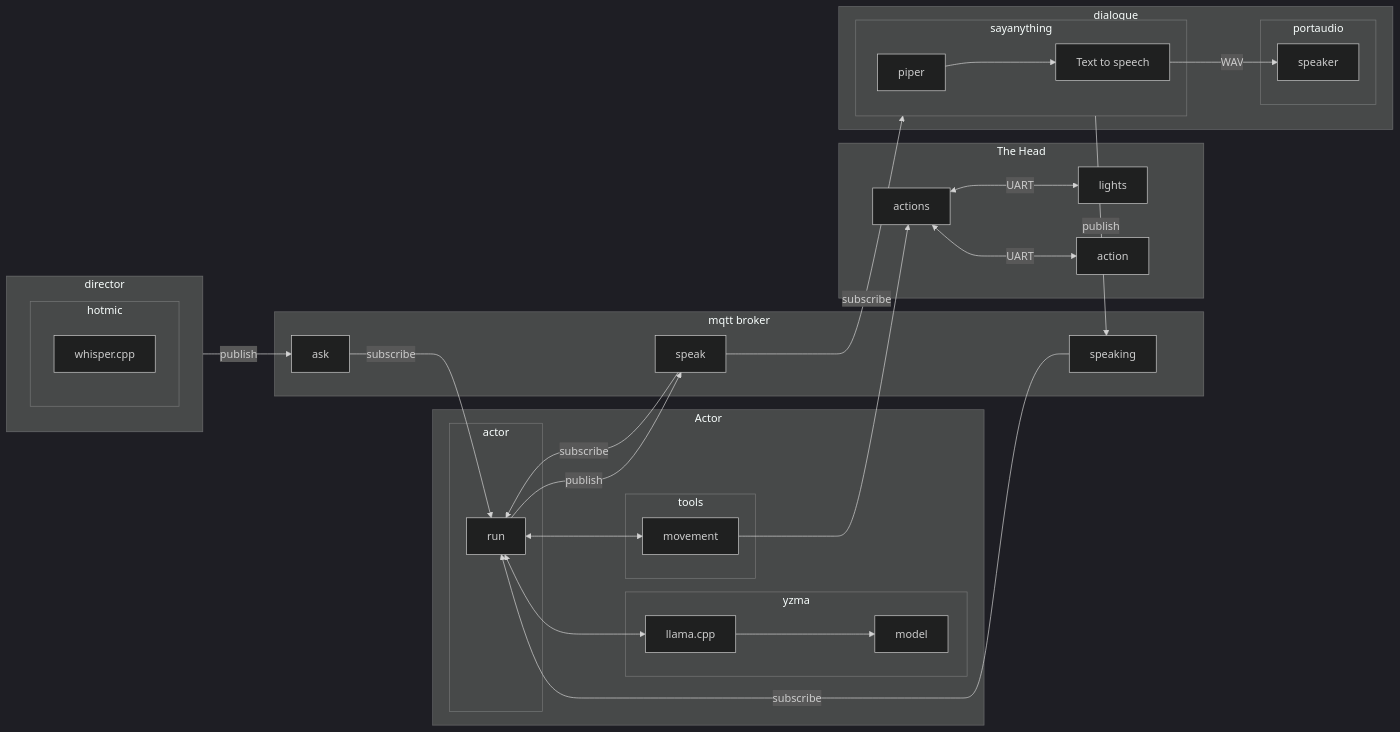
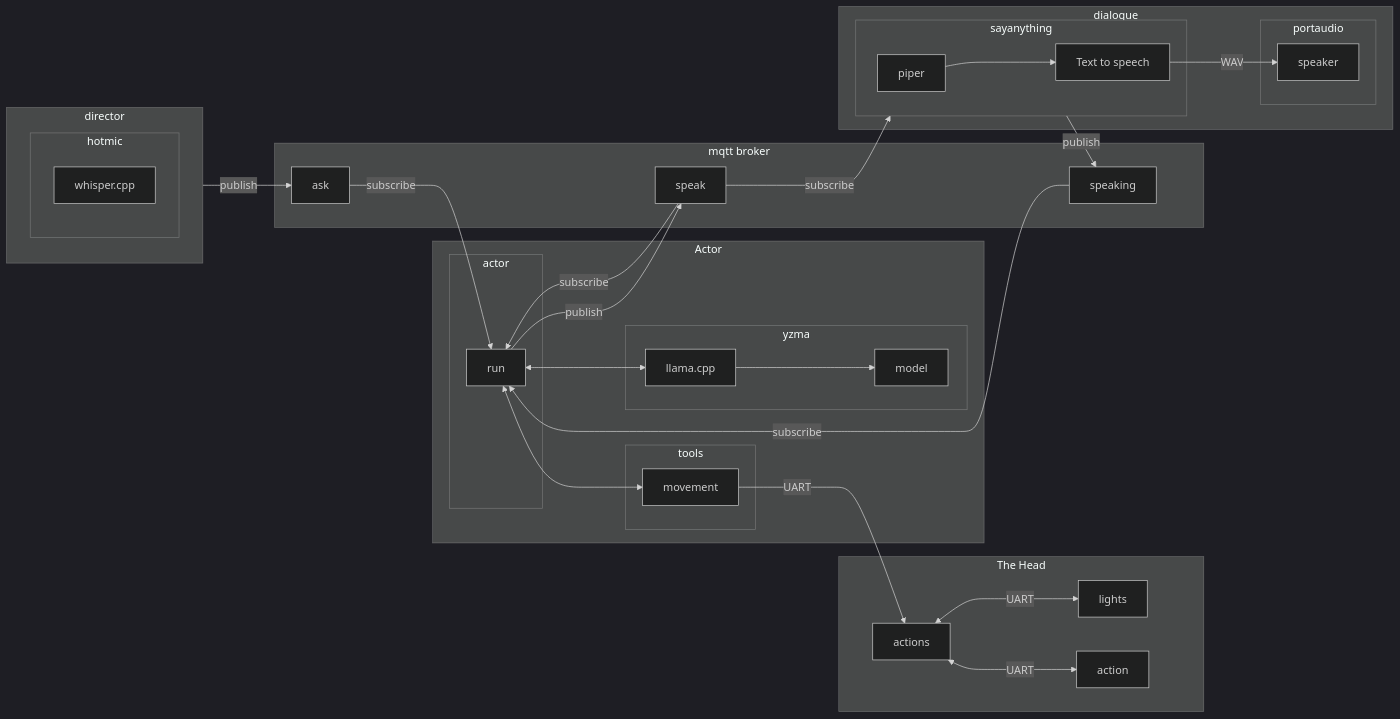
Before and after one commit to deadprogram/talkingheads: the sixth of 6 diagrams in README.md, drawn with Mermaid (dark theme). The commit also changed other lines of this file, not shown here.

Commit message:
docs: minor improvements for README diagrams

````diff
--- a/README.md
+++ b/README.md
@@ -136,46 +135,46 @@
 ```mermaid
 flowchart LR
+subgraph The Head
+    actions<-- UART -->lights
+    actions<-- UART -->action
+end
 subgraph mqtt broker
     ask
     speak
     speaking
-end
-subgraph The Head
-    actions<-- UART -->lights
-    actions<-- UART -->action
 end
 subgraph Actor
     subgraph actor
         run
     end
     subgraph tools
         run<-->movement
-        movement-->actions
+        movement-- UART -->actions
     end
     subgraph yzma
         run<-->llama.cpp
         llama.cpp-->model
     end
     ask-- subscribe -->run
     run-- publish -->speak
     speak-- subscribe -->run
     speaking-- subscribe -->run
 end
 subgraph dialogue
     speak-- subscribe -->sayanything
     subgraph sayanything
         piper-->tts[Text to speech]
     end
     subgraph portaudio
         tts-- WAV -->speaker
     end
     sayanything-- publish -->speaking
 end
 subgraph director
     hotmic
 end
 subgraph hotmic
     whisper.cpp
 end
 director -- publish --> ask
 ```
````
